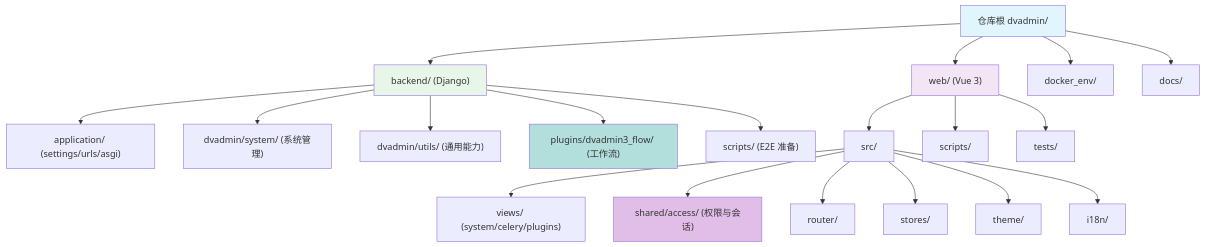
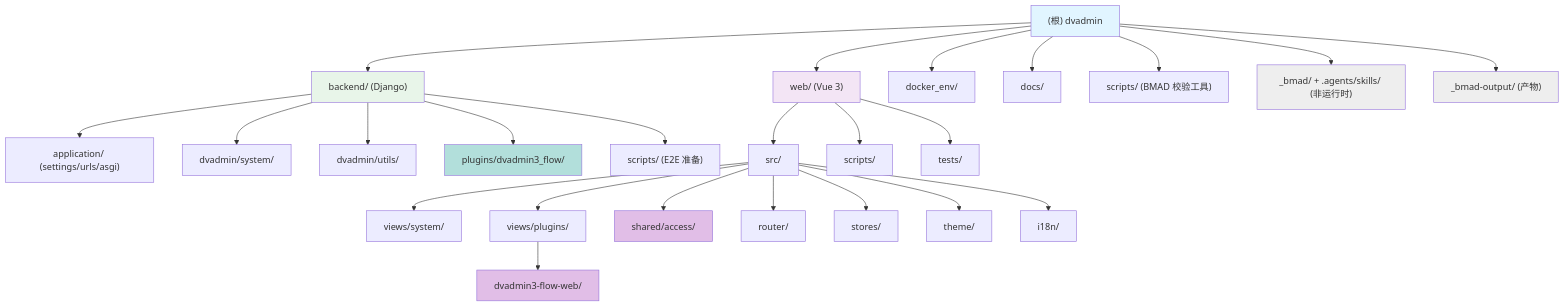
One commit to jack571754/dvadmin changed the first of 2 diagrams in CLAUDE.md. Above: the diagram before and after it, drawn with Mermaid. The commit also changed other lines of this file and 182 other files, not shown here.

````diff
--- a/CLAUDE.md
+++ b/CLAUDE.md
@@ -184,30 +200,50 @@
 ```mermaid
 graph TD
-    ROOT["仓库根 dvadmin/"] --> BE["backend/ (Django)"]
+    ROOT["(根) dvadmin"] --> BE["backend/ (Django)"]
     ROOT --> WEB["web/ (Vue 3)"]
     ROOT --> DE["docker_env/"]
     ROOT --> DOCS["docs/"]
+    ROOT --> SCR["scripts/ (BMAD 校验工具)"]
+    ROOT --> BM["_bmad/ + .agents/skills/ (非运行时)"]
+    ROOT --> BO["_bmad-output/ (产物)"]
 
     BE --> APP["application/ (settings/urls/asgi)"]
-    BE --> SYS["dvadmin/system/ (系统管理)"]
-    BE --> UTIL["dvadmin/utils/ (通用能力)"]
-    BE --> FLOW["plugins/dvadmin3_flow/ (工作流)"]
+    BE --> SYS["dvadmin/system/"]
+    BE --> UTIL["dvadmin/utils/"]
+    BE --> FLOW["plugins/dvadmin3_flow/"]
     BE --> BSCR["scripts/ (E2E 准备)"]
 
     WEB --> SRC["src/"]
     WEB --> WSCR["scripts/"]
     WEB --> WTST["tests/"]
 
-    SRC --> VIEWS["views/ (system/celery/plugins)"]
-    SRC --> SHARED["shared/access/ (权限与会话)"]
+    SRC --> VWS["views/system/"]
+    SRC --> VPL["views/plugins/"]
+    SRC --> SHARED["shared/access/"]
     SRC --> ROUTER["router/"]
     SRC --> STORES["stores/"]
     SRC --> THEME["theme/"]
     SRC --> I18N["i18n/"]
 
+    VPL --> FW["dvadmin3-flow-web/"]
+
+    click SYS "./backend/dvadmin/system/CLAUDE.md" "系统管理后端"
+    click UTIL "./backend/dvadmin/utils/CLAUDE.md" "通用层"
+    click FLOW "./backend/plugins/dvadmin3_flow/CLAUDE.md" "工作流插件"
+    click VWS "./web/src/views/system/CLAUDE.md" "系统管理页面"
+    click FW "./web/src/views/plugins/dvadmin3-flow-web/CLAUDE.md" "工作流前端"
+    click SHARED "./web/src/shared/CLAUDE.md" "会话与请求"
+    click THEME "./web/src/theme/CLAUDE.md" "设计令牌"
+    click BE "./backend/CLAUDE.md" "后端总览"
+    click WEB "./web/CLAUDE.md" "前端总览"
+    click DE "./docker_env/CLAUDE.md" "部署"
+
     style ROOT fill:#e1f5ff
     style BE fill:#e8f5e9
     style WEB fill:#f3e5f5
     style FLOW fill:#b2dfdb
+    style FW fill:#e1bee7
     style SHARED fill:#e1bee7
+    style BM fill:#eeeeee
+    style BO fill:#eeeeee
 ```
````
